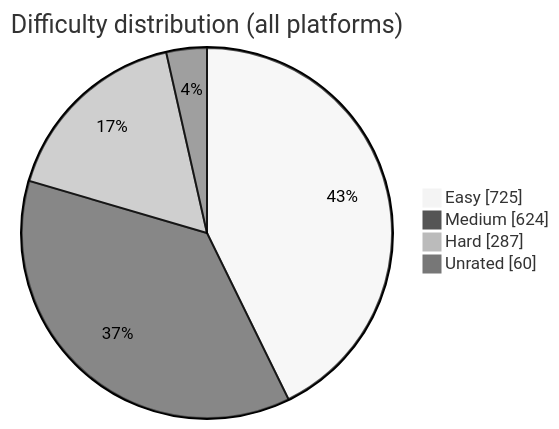
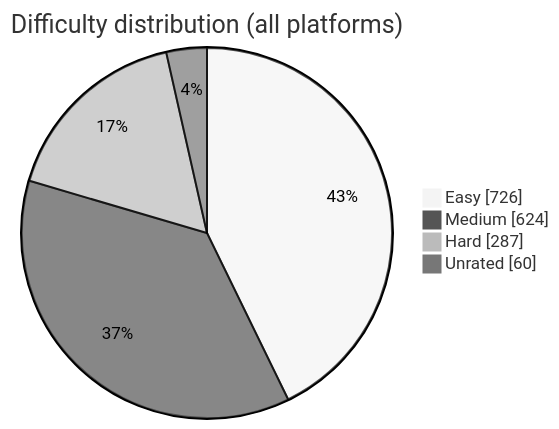
One commit to BuildbyArindam/Daily-Coding-Log changed the diagram in README.md. Above: the diagram before and after it, drawn with Mermaid (neutral theme). The commit also changed other lines of this file, not shown here.

````diff
--- a/README.md
+++ b/README.md
@@ -93,7 +93,7 @@
 ```mermaid
 pie showData title Difficulty distribution (all platforms)
-    "Easy" : 725
+    "Easy" : 726
     "Medium" : 624
     "Hard" : 287
     "Unrated" : 60
 ```
````
